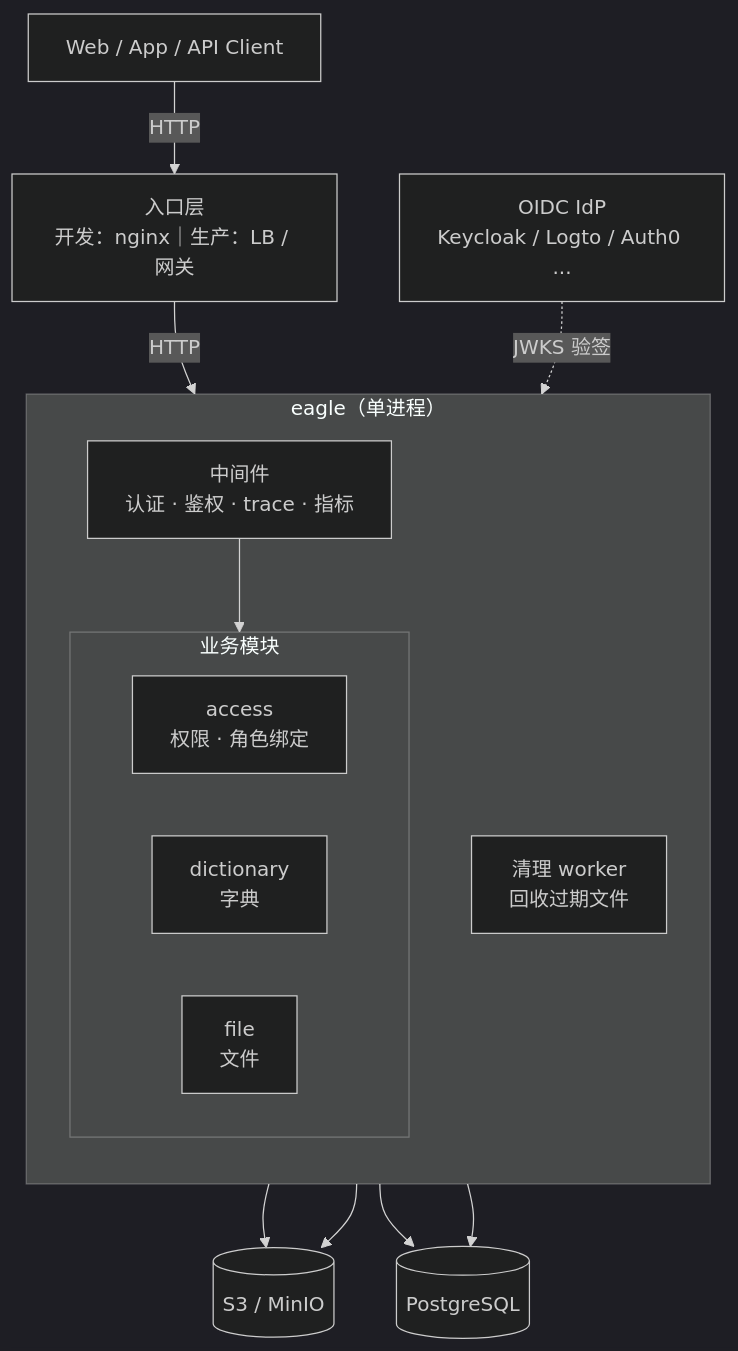
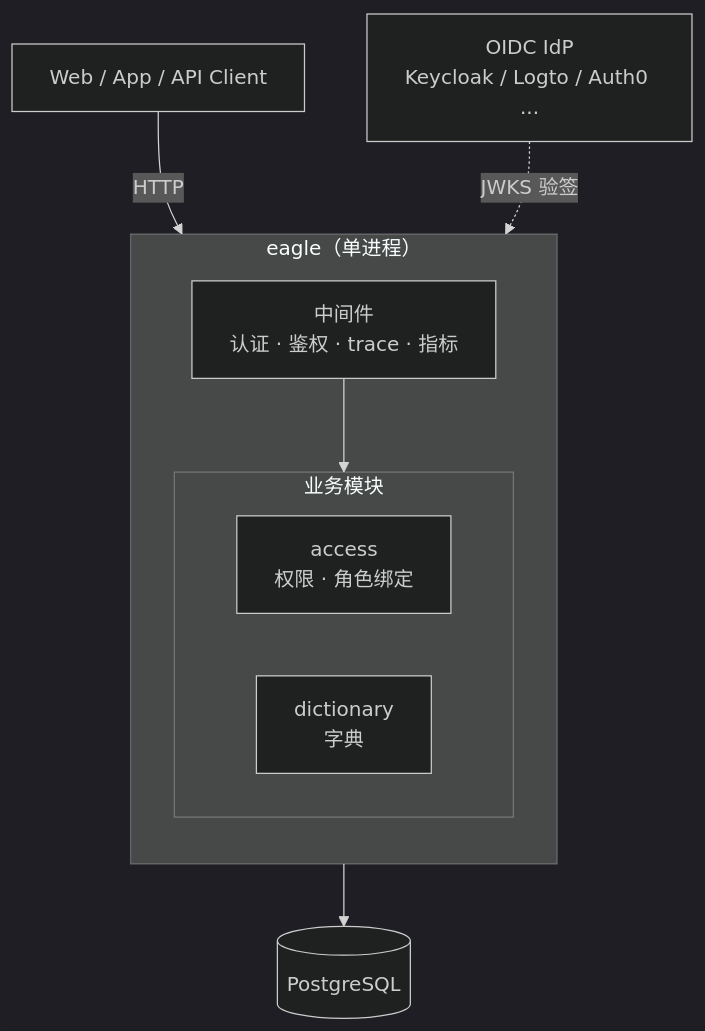
One commit to sunshixiong789/eagle-go changed the diagram in README.md. Above: the diagram before and after it, drawn with Mermaid (dark theme). The commit also changed other lines of this file and 104 other files, not shown here.

````diff
--- a/README.md
+++ b/README.md
@@ -20,30 +19,22 @@
 ```mermaid
 flowchart TB
     client["Web / App / API Client"]
-    gateway["入口层<br/>开发：nginx｜生产：LB / 网关"]
 
     subgraph eagle ["eagle（单进程）"]
         direction TB
         middleware["中间件<br/>认证 · 鉴权 · trace · 指标"]
         subgraph modules [业务模块]
             direction LR
             access["access<br/>权限 · 角色绑定"]
             dictionary["dictionary<br/>字典"]
-            file["file<br/>文件"]
         end
-        worker["清理 worker<br/>回收过期文件"]
     end
 
     idp["OIDC IdP<br/>Keycloak / Logto / Auth0 ..."]
     db[(PostgreSQL)]
-    object_store[(S3 / MinIO)]
 
-    client -->|HTTP| gateway
-    gateway -->|HTTP| middleware
+    client -->|HTTP| middleware
     middleware --> modules
     idp -.->|JWKS 验签| middleware
     modules --> db
-    file --> object_store
-    worker --> db
-    worker --> object_store
 ```
````
